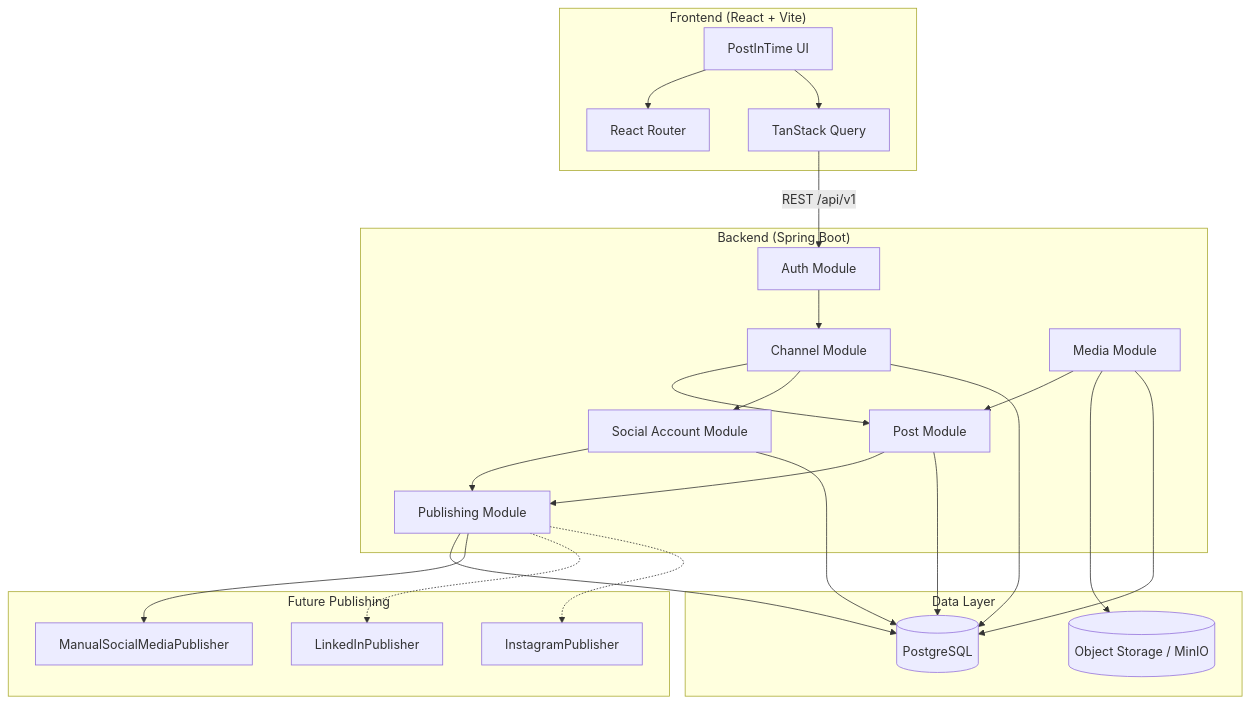
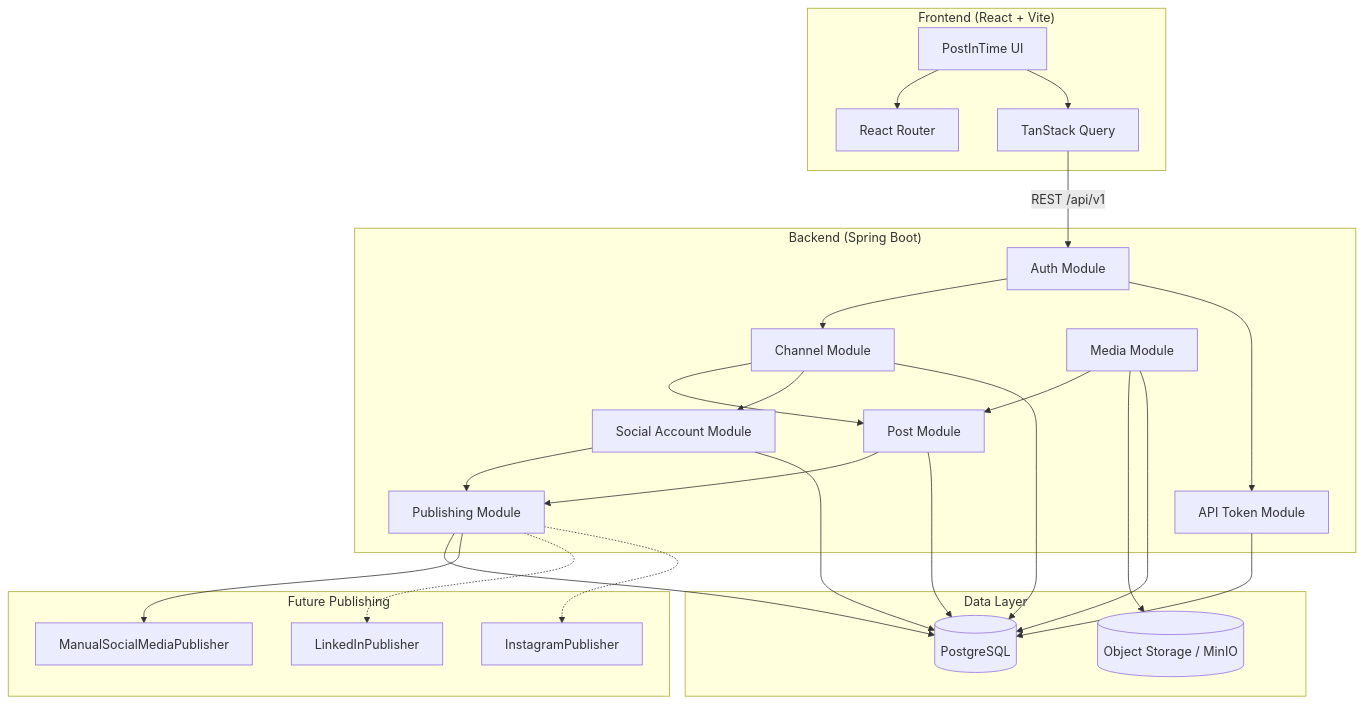
The diagram in product-architecture-flowchart.mmd (anushibinj/postintime), drawn with Mermaid before and after one commit. The commit also changed 18 other files, not shown here.

Commit message:
Add personal API tokens with refresh, expiry, and Bearer auth.

```diff
--- a/product-architecture-flowchart.mmd
+++ b/product-architecture-flowchart.mmd
@@ -1,45 +1,48 @@
 flowchart TB
     subgraph Client["Frontend (React + Vite)"]
         UI[PostInTime UI]
         Router[React Router]
         Query[TanStack Query]
         UI --> Router
         UI --> Query
     end
 
     subgraph API["Backend (Spring Boot)"]
         Auth[Auth Module]
+        ApiTokens[API Token Module]
         Channels[Channel Module]
         Posts[Post Module]
         Media[Media Module]
         Social[Social Account Module]
         Publishing[Publishing Module]
         Auth --> Channels
+        Auth --> ApiTokens
         Channels --> Posts
         Channels --> Social
         Posts --> Publishing
         Social --> Publishing
         Media --> Posts
     end
 
     subgraph Data["Data Layer"]
         PG[(PostgreSQL)]
         Storage[(Object Storage / MinIO)]
     end
 
     Query -->|REST /api/v1| Auth
+    ApiTokens --> PG
     Channels --> PG
     Posts --> PG
     Social --> PG
     Publishing --> PG
     Media --> Storage
     Media --> PG
 
     subgraph Future["Future Publishing"]
         Manual[ManualSocialMediaPublisher]
         LinkedIn[LinkedInPublisher]
         Instagram[InstagramPublisher]
         Publishing --> Manual
         Publishing -.-> LinkedIn
         Publishing -.-> Instagram
     end
```
